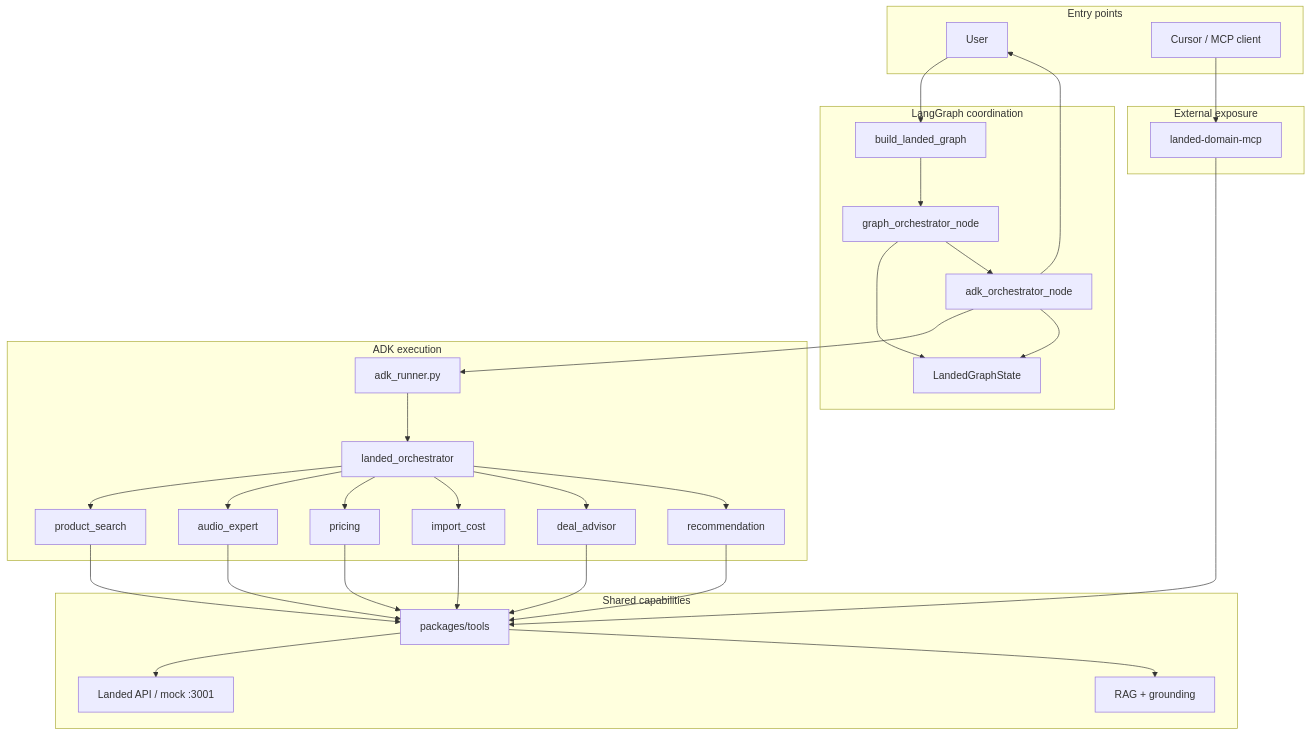
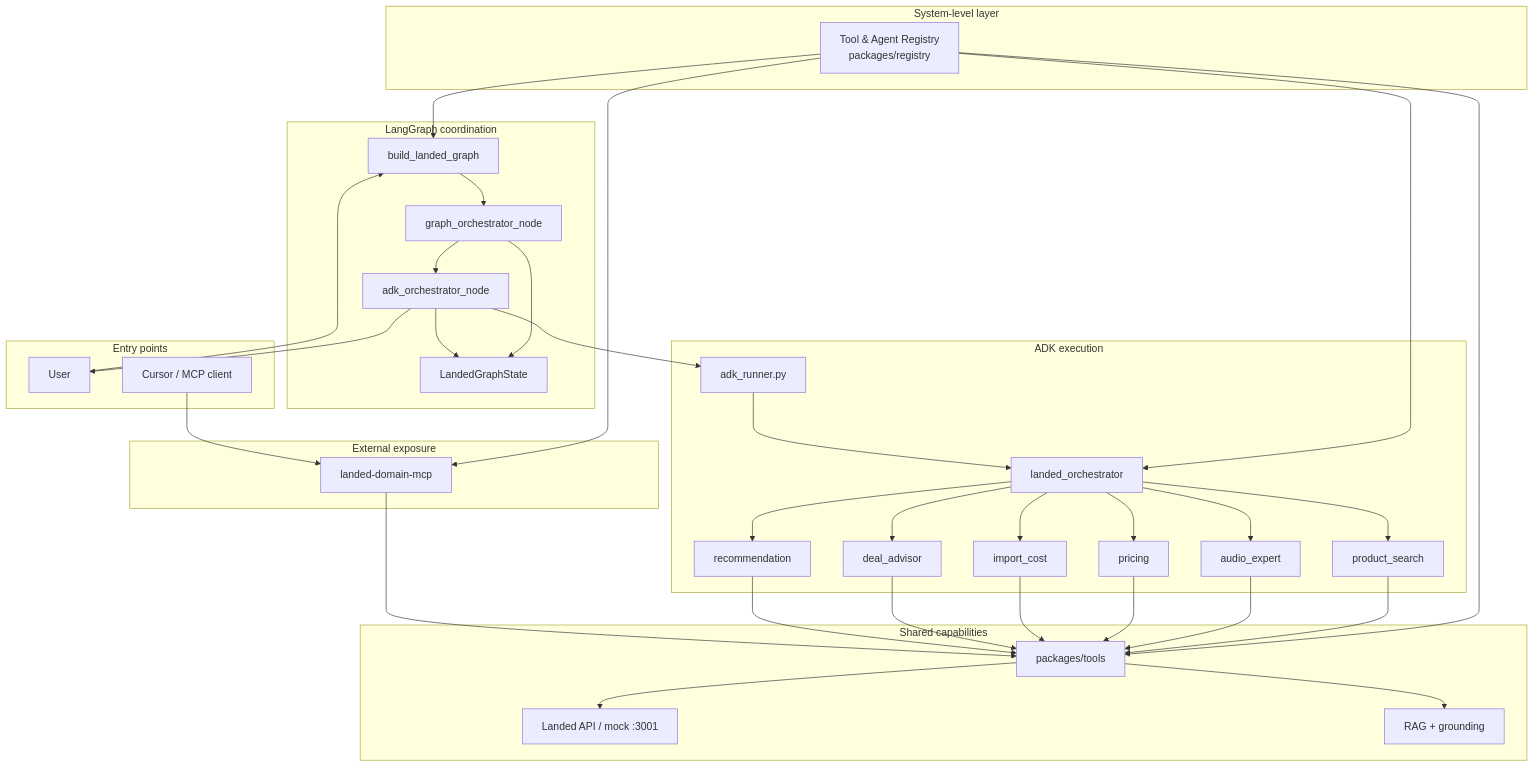
One commit to luisfm44/landed-agent changed the first of 11 diagrams in docs/architecture-diagram.md. Above: the diagram before and after it, drawn with Mermaid. The commit also changed other lines of this file and 2 other files, not shown here.

First line of the commit message:
Document the system-level tool and agent registry.

````diff
--- a/docs/architecture-diagram.md
+++ b/docs/architecture-diagram.md
@@ -11,60 +11,69 @@
 ```mermaid
 flowchart TB
+    subgraph system [System-level layer]
+        REG[Tool & Agent Registry<br/>packages/registry]
+    end
+
     subgraph entry [Entry points]
         USER[User]
         MCPCLIENT[Cursor / MCP client]
     end
 
     subgraph coordination [LangGraph coordination]
         LG[build_landed_graph]
         GO[graph_orchestrator_node]
         AO[adk_orchestrator_node]
         STATE[LandedGraphState]
     end
 
     subgraph execution [ADK execution]
         RUN[adk_runner.py]
         ORCH[landed_orchestrator]
         PS[product_search]
         AE[audio_expert]
         PR[pricing]
         IC[import_cost]
         DA[deal_advisor]
         REC[recommendation]
     end
 
     subgraph exposure [External exposure]
         MCP[landed-domain-mcp]
     end
 
     subgraph capabilities [Shared capabilities]
         TOOLS[packages/tools]
         API[Landed API / mock :3001]
         RAG[RAG + grounding]
     end
 
+    REG --> LG
+    REG --> ORCH
+    REG --> MCP
+    REG --> TOOLS
+
     USER --> LG
     LG --> GO --> STATE
     GO --> AO --> RUN --> ORCH
     MCPCLIENT --> MCP
 
     ORCH --> PS
     ORCH --> AE
     ORCH --> PR
     ORCH --> IC
     ORCH --> DA
     ORCH --> REC
 
     PS --> TOOLS
     AE --> TOOLS
     PR --> TOOLS
     IC --> TOOLS
     DA --> TOOLS
     REC --> TOOLS
     MCP --> TOOLS
 
     TOOLS --> API
     TOOLS --> RAG
     AO --> STATE
     AO --> USER
 ```
````
